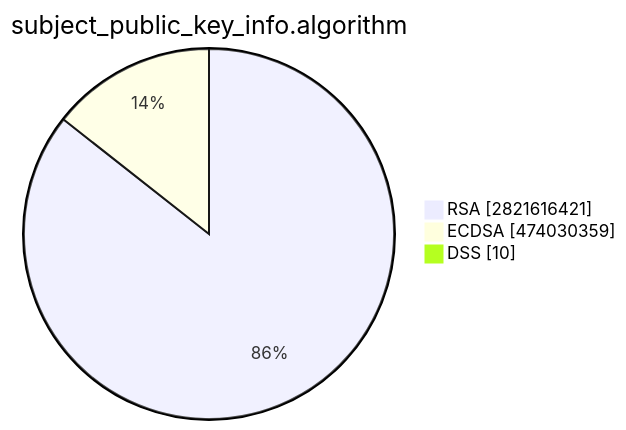
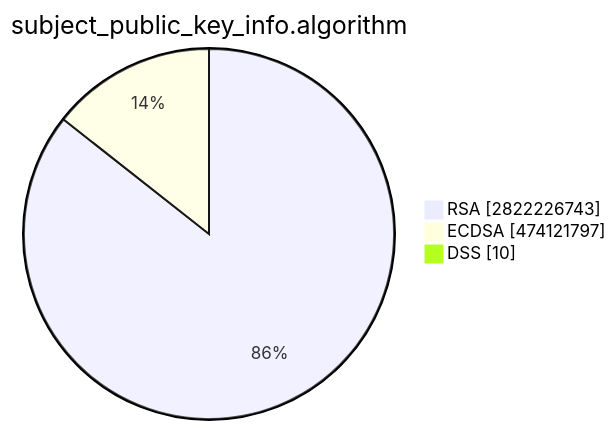
One commit to christiankrug/ctmonitor_visualization changed the second of 15 diagrams in TOTAL/README.md. Above: the diagram before and after it, drawn with Mermaid. The commit also changed other lines of this file, not shown here.

````diff
--- a/TOTAL/README.md
+++ b/TOTAL/README.md
@@ -6,7 +6,7 @@
 ```mermaid
 pie showData
 title subject_public_key_info.algorithm
-"RSA" :2821616421
-"ECDSA" :474030359
+"RSA" :2822226743
+"ECDSA" :474121797
 "DSS" :10
 ```
````
